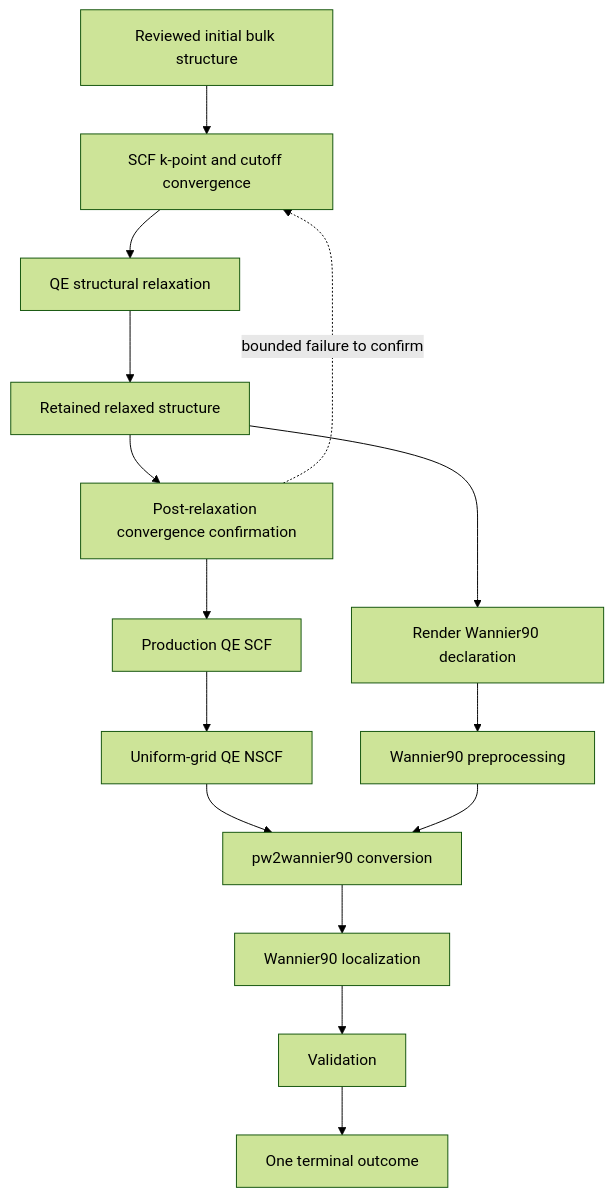
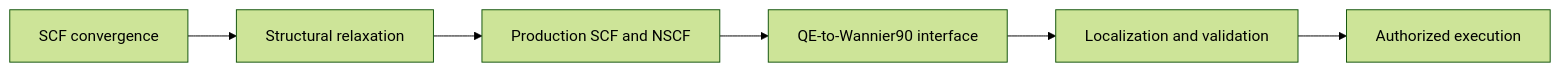
One commit to eragasa/projectkoios-frankenstein changed the diagram in docs/plans/silicon-bulk-qe-wannier90.md. Above: the diagram before and after it, drawn with Mermaid (forest theme). The commit also changed other lines of this file and 82 other files, not shown here.

````diff
--- a/docs/plans/silicon-bulk-qe-wannier90.md
+++ b/docs/plans/silicon-bulk-qe-wannier90.md
@@ -19,22 +22,8 @@
 ```mermaid
-flowchart TD
-    S[Reviewed initial bulk structure]
-    C[SCF k-point and cutoff convergence]
-    R[QE structural relaxation]
-    G[Retained relaxed structure]
-    P[Post-relaxation convergence confirmation]
-    F[Production QE SCF]
-    N[Uniform-grid QE NSCF]
-    W[Render Wannier90 declaration]
-    PP[Wannier90 preprocessing]
-    X[pw2wannier90 conversion]
-    L[Wannier90 localization]
-    V[Validation]
-    T[One terminal outcome]
-
-    S --> C --> R --> G --> P --> F --> N
-    G --> W --> PP
-    N --> X
-    PP --> X --> L --> V --> T
-    P -. bounded failure to confirm .-> C
+flowchart LR
+    C[SCF convergence] --> R[Structural relaxation]
+    R --> S[Production SCF and NSCF]
+    S --> I[QE-to-Wannier90 interface]
+    I --> W[Localization and validation]
+    W --> E[Authorized execution]
 ```
````
